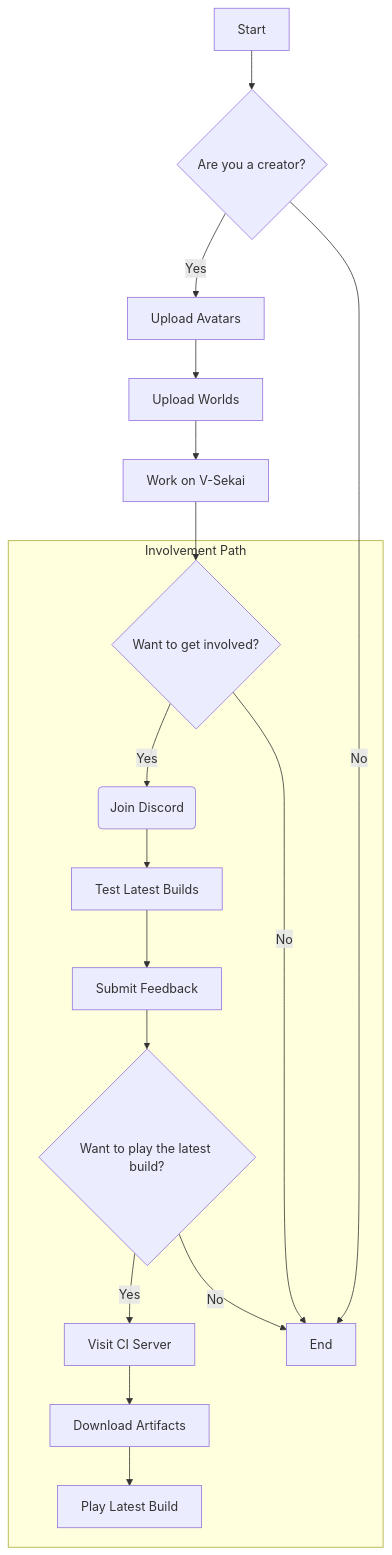
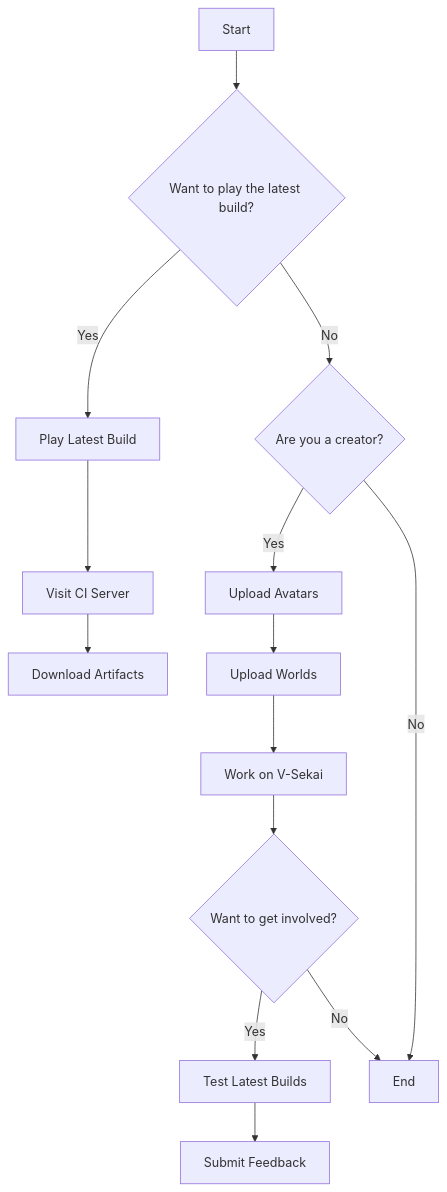
The diagram in profile/README.md (V-Sekai/.github), drawn with Mermaid before and after one commit.

Commit message:
Update profile README.md with simplified involvement path

````diff
--- a/profile/README.md
+++ b/profile/README.md
@@ -10,20 +10,16 @@
 ```mermaid
 graph TD
-    A[Start] --> B{Are you a creator?}
+    A[Start] --> J{Want to play the latest build?}
+    J -->|Yes| M[Play Latest Build]
+    M --> K[Visit CI Server]
+    K --> L[Download Artifacts]
+    J -->|No| B{Are you a creator?}
     B -->|Yes| C[Upload Avatars]
     C --> D[Upload Worlds]
     D --> E[Work on V-Sekai]
     E --> F{Want to get involved?}
+    F -->|Yes| H[Test Latest Builds]
+    H --> I[Submit Feedback]
+    F -->|No| Y[End]
     B -->|No| Y[End]
-    subgraph Involvement Path
-    F -->|Yes| G(Join Discord)
-    G --> H[Test Latest Builds]
-    H --> I[Submit Feedback]
-    I --> J{Want to play the latest build?}
-    J -->|Yes| K[Visit CI Server]
-    K --> L[Download Artifacts]
-    L --> M[Play Latest Build]
-    J -->|No| Y[End]
-    end
-    F -->|No| Y[End]
 ```
````
